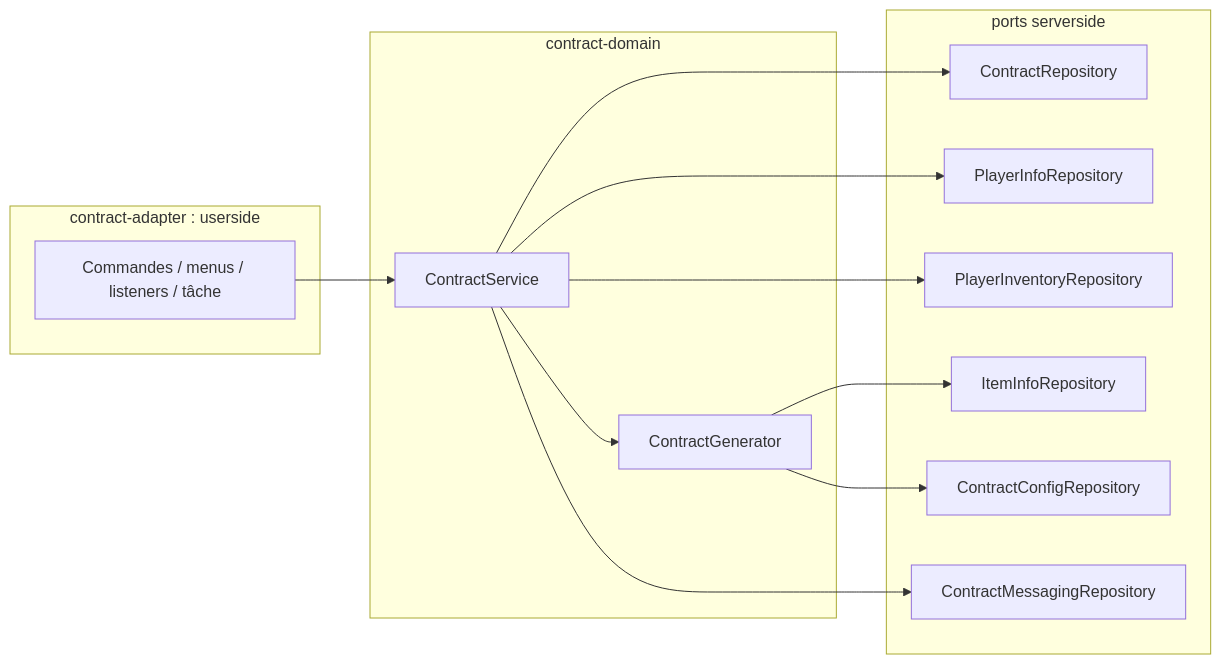
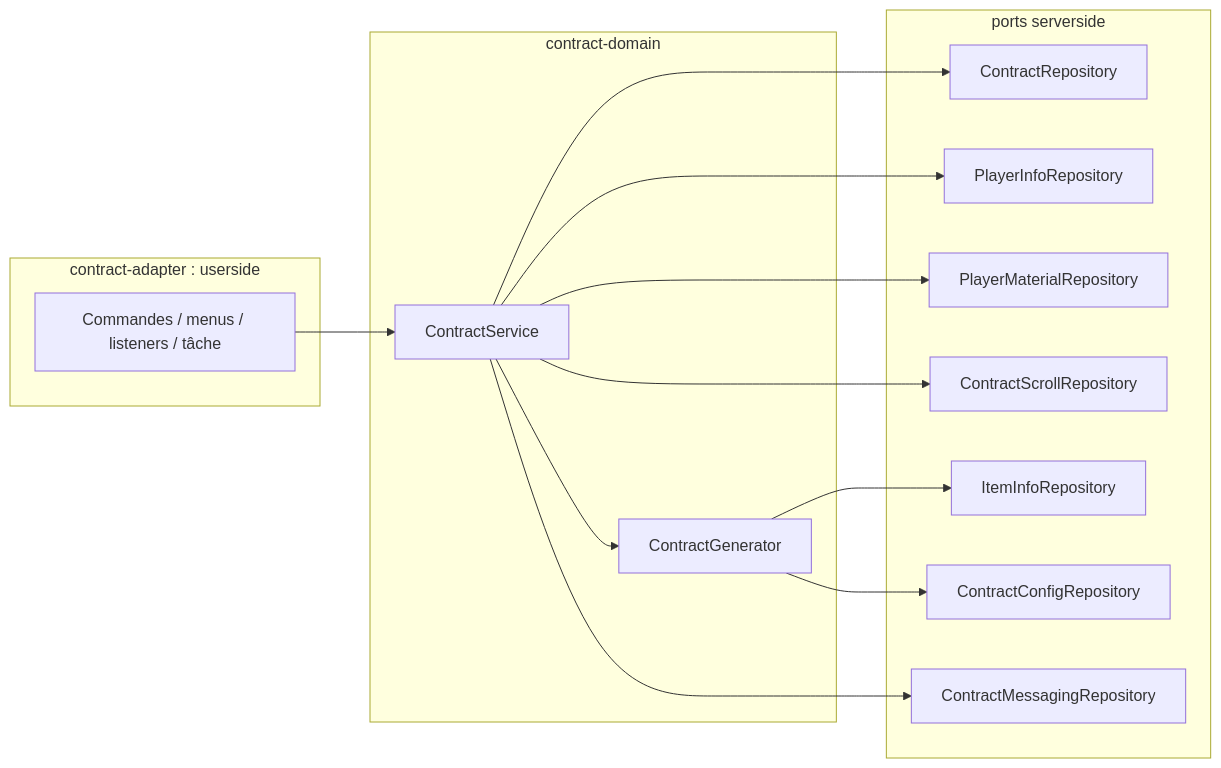
The first of 3 diagrams in contract-domain/spec/contract-domain-doc.md (TesseractFR/TesseractSRP2), drawn with Mermaid before and after one commit. The commit also changed other lines of this file and 25 other files, not shown here.

````diff
--- a/contract-domain/spec/contract-domain-doc.md
+++ b/contract-domain/spec/contract-domain-doc.md
@@ -35,22 +36,23 @@
 ```mermaid
 flowchart LR
     subgraph adapter[contract-adapter : userside]
         CMD[Commandes / menus / listeners / tâche]
     end
     subgraph domain[contract-domain]
         SVC[ContractService]
         GEN[ContractGenerator]
     end
     subgraph ports[ports serverside]
         REPO[ContractRepository]
         PINFO[PlayerInfoRepository]
-        INV[PlayerInventoryRepository]
+        MAT[PlayerMaterialRepository]
+        SCR[ContractScrollRepository]
         IINFO[ItemInfoRepository]
         CFG[ContractConfigRepository]
         MSG[ContractMessagingRepository]
     end
     CMD --> SVC
     SVC --> GEN
-    SVC --> REPO & PINFO & INV & MSG
+    SVC --> REPO & PINFO & MAT & SCR & MSG
     GEN --> IINFO & CFG
 ```
````
